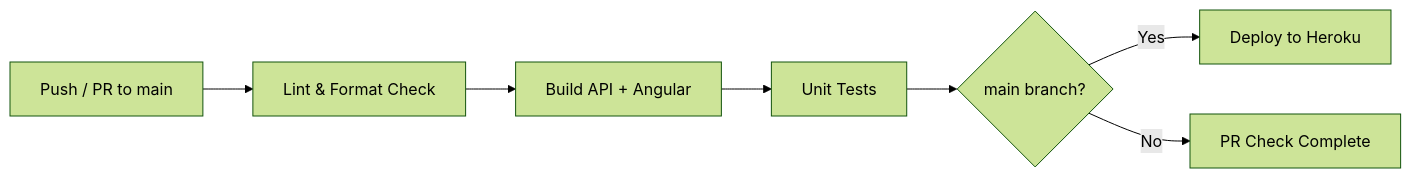
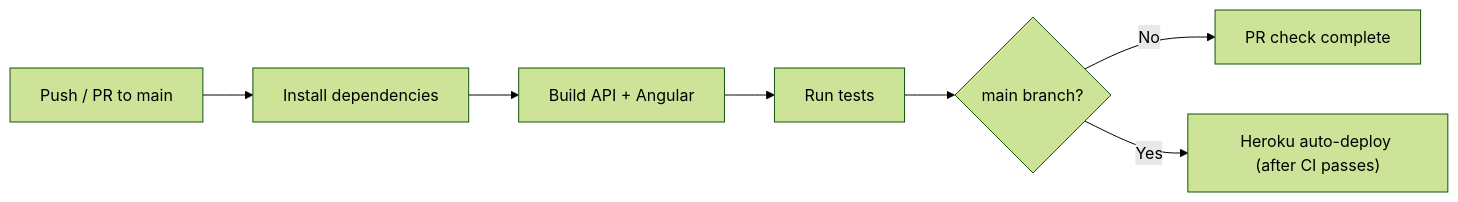
The ninth of 9 diagrams in PLAN.md (lindseychoi/yoga-hom-project-lchoi), drawn with Mermaid (forest theme) before and after one commit. The commit also changed other lines of this file and 8 other files, not shown here.

````diff
--- a/PLAN.md
+++ b/PLAN.md
@@ -550,9 +552,9 @@
 ```mermaid
 graph LR
-    Push["Push / PR to main"] --> Lint["Lint & Format Check"]
-    Lint --> Build["Build API + Angular"]
-    Build --> Test["Unit Tests"]
-    Test --> Deploy{"main branch?"}
-    Deploy -->|Yes| Heroku["Deploy to Heroku"]
-    Deploy -->|No| Done["PR Check Complete"]
+    Push["Push / PR to main"] --> Install["Install dependencies"]
+    Install --> Build["Build API + Angular"]
+    Build --> Test["Run tests"]
+    Test --> Gate{"main branch?"}
+    Gate -->|No| Done["PR check complete"]
+    Gate -->|Yes| Heroku["Heroku auto-deploy (after CI passes)"]
 ```
````
